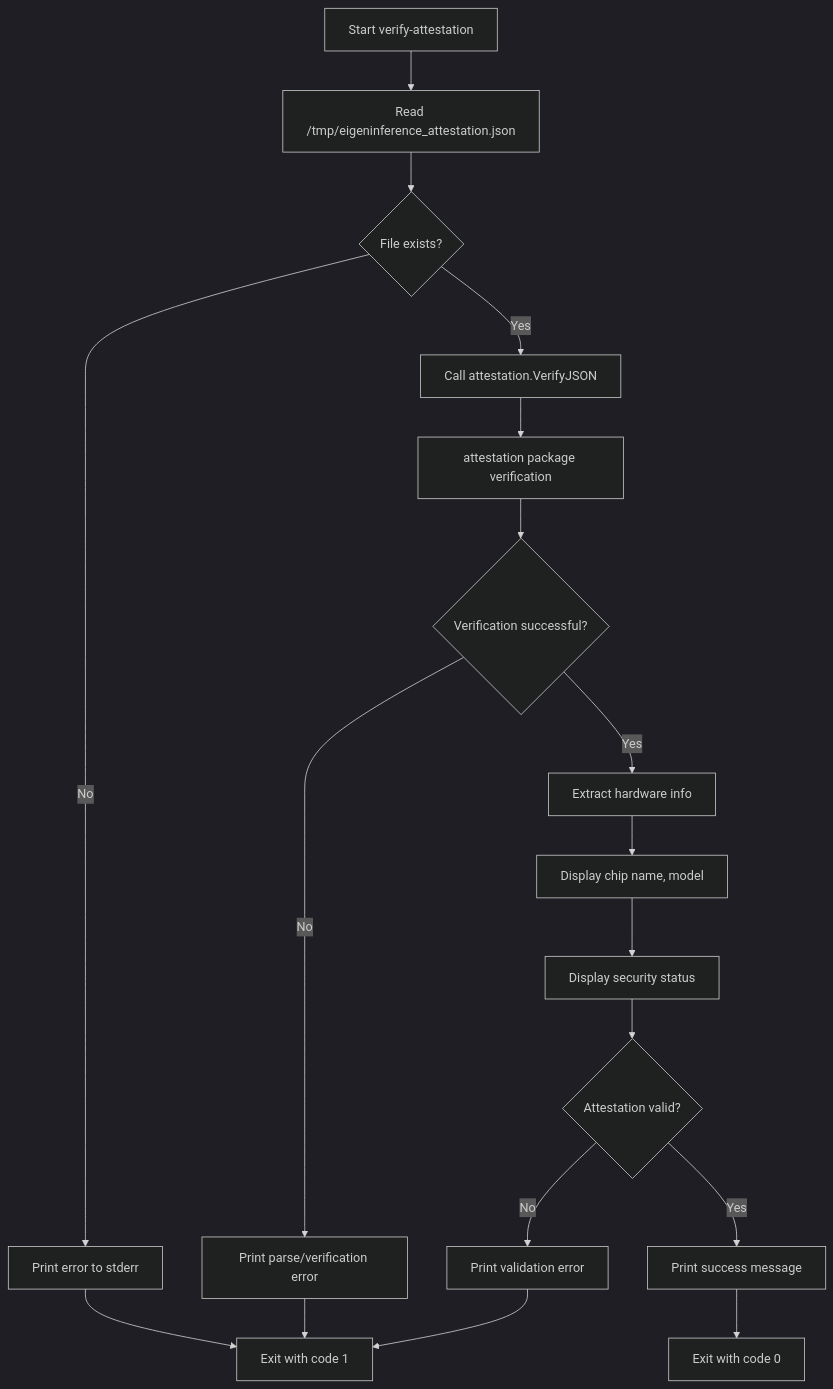
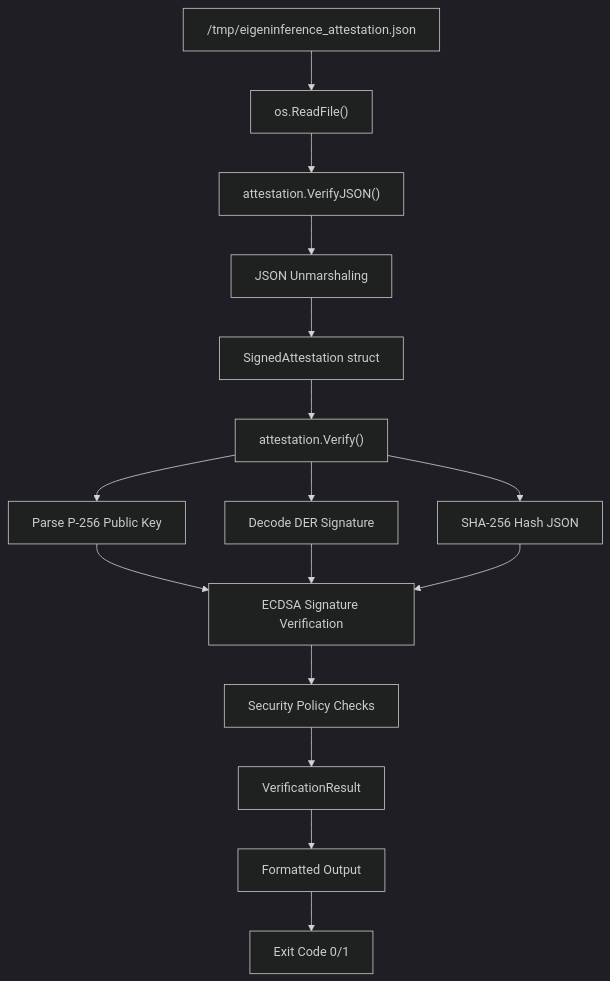
The diagram in artifacts/d-inference/service_analyses/verify-attestation.md (researchoors/knowledge-maintenance), drawn with Mermaid (dark theme) before and after one commit. The commit also changed other lines of this file and 23 other files, not shown here.

````diff
--- a/artifacts/d-inference/service_analyses/verify-attestation.md
+++ b/artifacts/d-inference/service_analyses/verify-attestation.md
@@ -33,20 +30,18 @@
 ```mermaid
 graph TD
-    A[Start verify-attestation] --> B[Read /tmp/eigeninference_attestation.json]
-    B --> C{File exists?}
-    C -->|No| D[Print error to stderr]
-    D --> E[Exit with code 1]
-    C -->|Yes| F[Call attestation.VerifyJSON]
-    F --> G[attestation package verification]
-    G --> H{Verification successful?}
-    H -->|No| I[Print parse/verification error]
-    I --> E
-    H -->|Yes| J[Extract hardware info]
-    J --> K[Display chip name, model]
-    K --> L[Display security status]
-    L --> M{Attestation valid?}
-    M -->|Yes| N[Print success message]
-    N --> O[Exit with code 0]
-    M -->|No| P[Print validation error]
-    P --> E
+    A["/tmp/eigeninference_attestation.json"] --> B["os.ReadFile()"]
+    B --> C["attestation.VerifyJSON()"]
+    C --> D["JSON Unmarshaling"]
+    D --> E["SignedAttestation struct"]
+    E --> F["attestation.Verify()"]
+    F --> G["Parse P-256 Public Key"]
+    F --> H["Decode DER Signature"]
+    F --> I["SHA-256 Hash JSON"]
+    G --> J["ECDSA Signature Verification"]
+    H --> J
+    I --> J
+    J --> K["Security Policy Checks"]
+    K --> L["VerificationResult"]
+    L --> M["Formatted Output"]
+    M --> N["Exit Code 0/1"]
 ```
````
